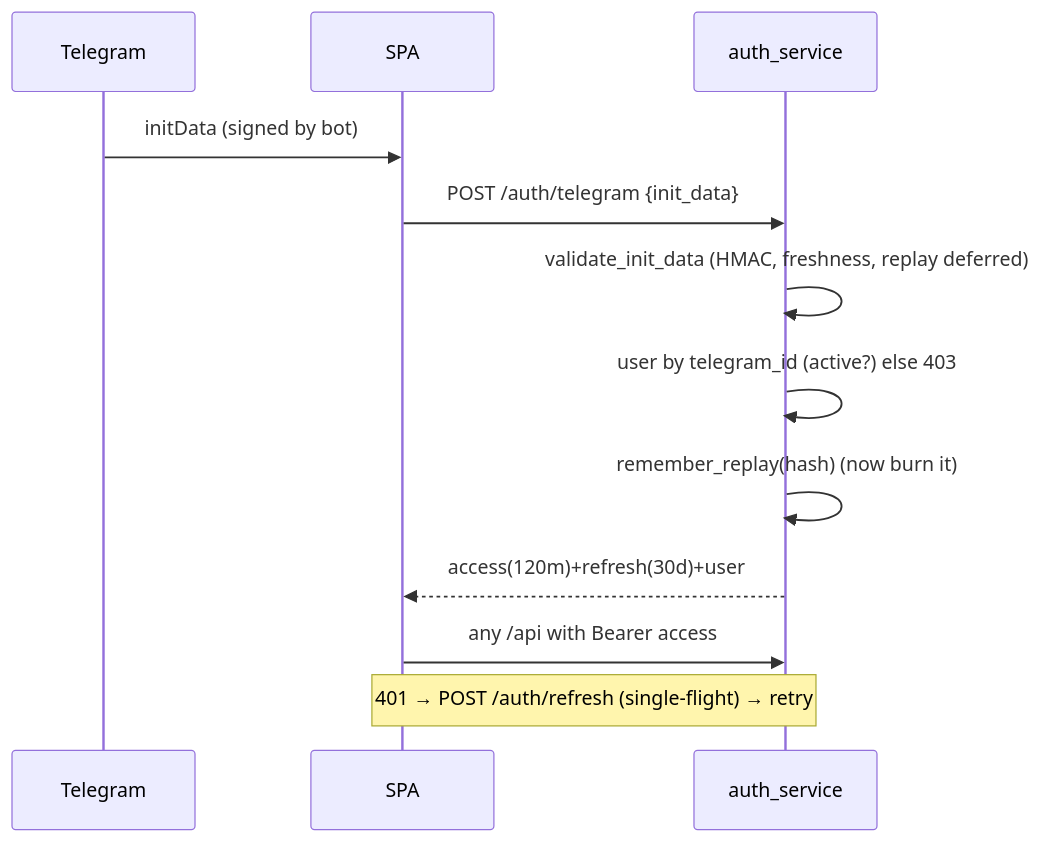
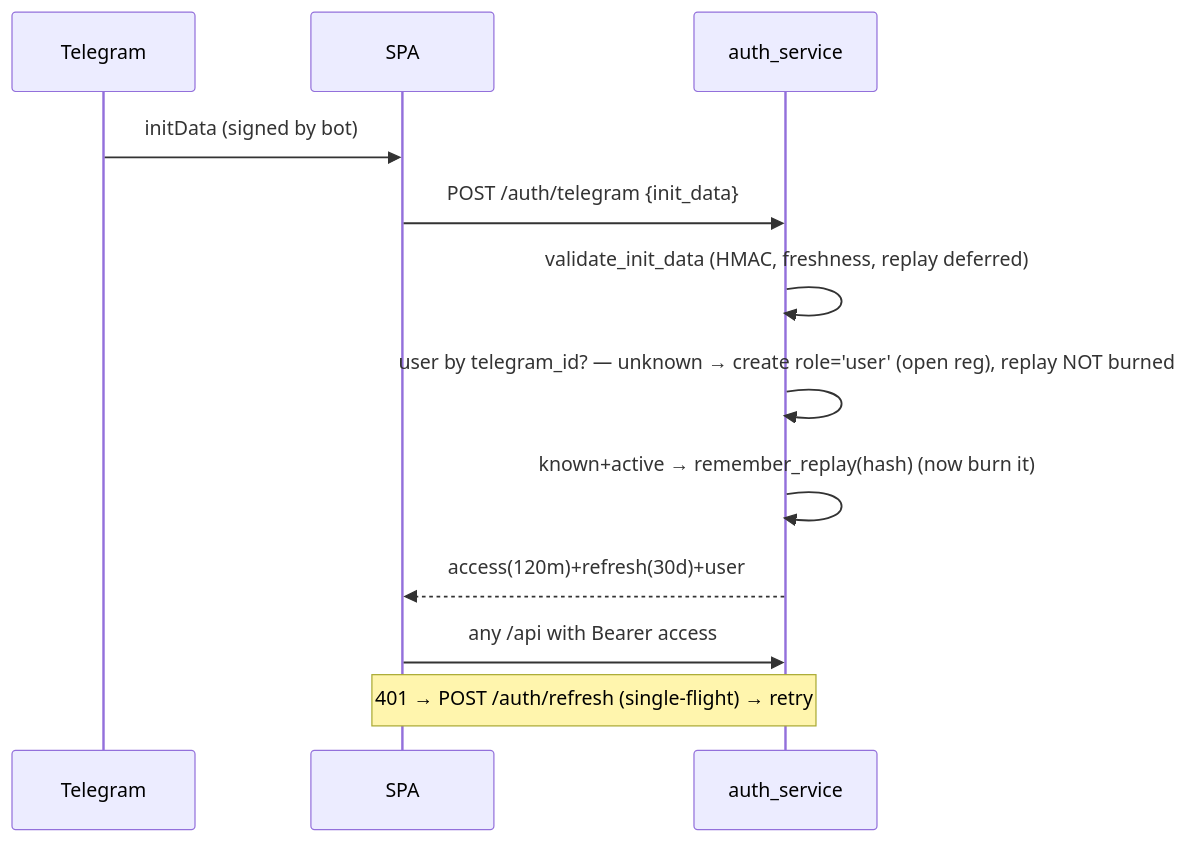
The third of 6 diagrams in TECHNICAL_DOCUMENTATION.md (adkhmbekk/Realty-AI), drawn with Mermaid before and after one commit. The commit also changed other lines of this file and 4 other files, not shown here.

````diff
--- a/TECHNICAL_DOCUMENTATION.md
+++ b/TECHNICAL_DOCUMENTATION.md
@@ -521,14 +561,14 @@
 ```mermaid
 sequenceDiagram
   participant TG as Telegram
   participant FE as SPA
   participant BE as auth_service
   TG->>FE: initData (signed by bot)
   FE->>BE: POST /auth/telegram {init_data}
   BE->>BE: validate_init_data (HMAC, freshness, replay deferred)
-  BE->>BE: user by telegram_id (active?) else 403
-  BE->>BE: remember_replay(hash) (now burn it)
+  BE->>BE: user by telegram_id? — unknown → create role='user' (open reg), replay NOT burned
+  BE->>BE: known+active → remember_replay(hash) (now burn it)
   BE-->>FE: access(120m)+refresh(30d)+user
   FE->>BE: any /api with Bearer access
   Note over FE,BE: 401 → POST /auth/refresh (single-flight) → retry
 ```
````
